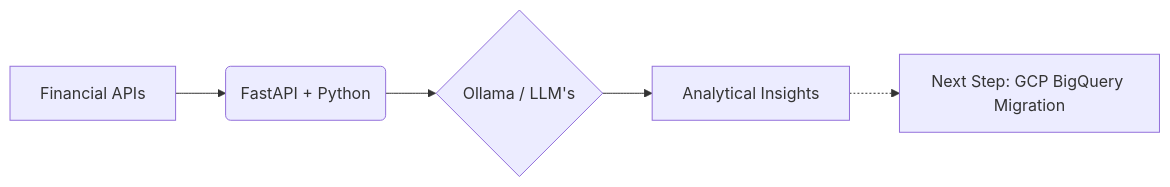
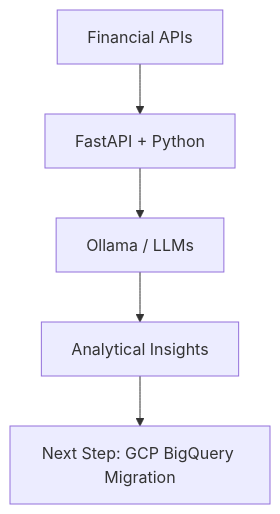
The diagram in README.md (deepan-mehta-analytics/deepan-mehta-analytics), drawn with Mermaid before and after one commit. The commit also changed other lines of this file, not shown here.

````diff
--- a/README.md
+++ b/README.md
@@ -82,7 +88,7 @@
 ```mermaid
-graph LR
-    A[Financial APIs] --> B(FastAPI + Python)
-    B --> C{Ollama / LLM's}
+flowchart TD
+    A[Financial APIs] --> B[FastAPI + Python]
+    B --> C[Ollama / LLMs]
     C --> D[Analytical Insights]
-    D -.-> E[Next Step: GCP BigQuery Migration]
+    D --> E[Next Step: GCP BigQuery Migration]
 ```
````
